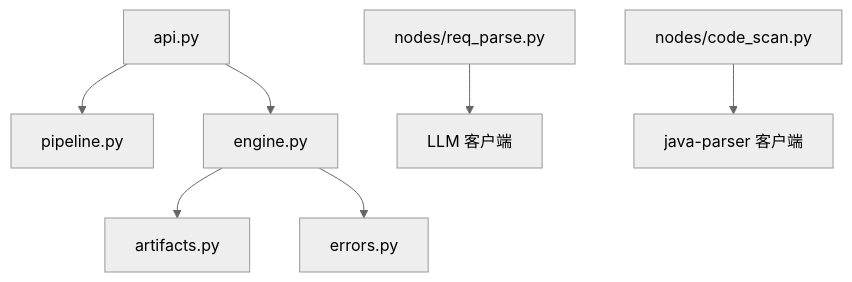
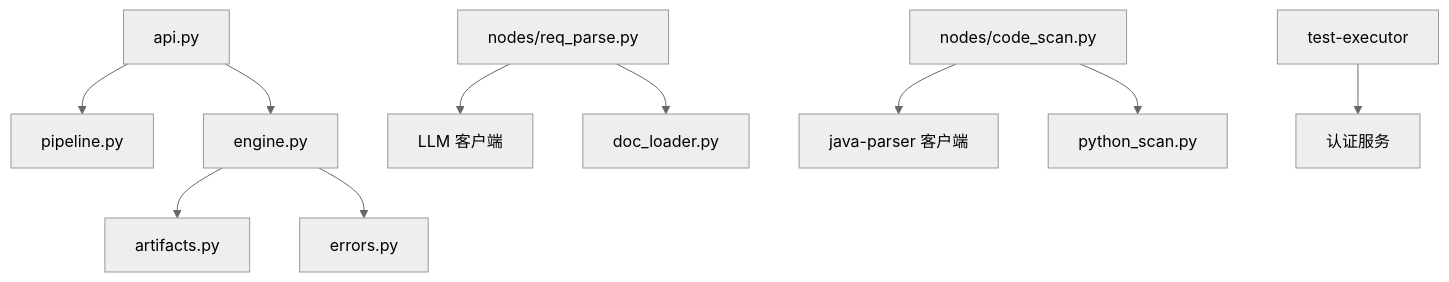
One commit to Joeyzheng001/LLM-AutoTest changed diagram 11 of 11 in .qoder/repowiki/zh/content/项目概述/核心功能特性/核心功能特性.md. Above: the diagram before and after it, drawn with Mermaid (neutral theme). The commit also changed other lines of this file and 94 other files, not shown here.

````diff
--- a/.qoder/repowiki/zh/content/项目概述/核心功能特性/核心功能特性.md
+++ b/.qoder/repowiki/zh/content/项目概述/核心功能特性/核心功能特性.md
@@ -286,9 +398,12 @@
 ```mermaid
 graph TB
 API["api.py"] --> PIPE["pipeline.py"]
 API --> ENG["engine.py"]
 ENG --> ART["artifacts.py"]
 ENG --> ERR["errors.py"]
 REQ["nodes/req_parse.py"] --> LLM["LLM 客户端"]
+REQ --> DOC["doc_loader.py"]
 CODE["nodes/code_scan.py"] --> JP["java-parser 客户端"]
+CODE --> PY["python_scan.py"]
+EXEC["test-executor"] --> AUTH["认证服务"]
 ```
````
